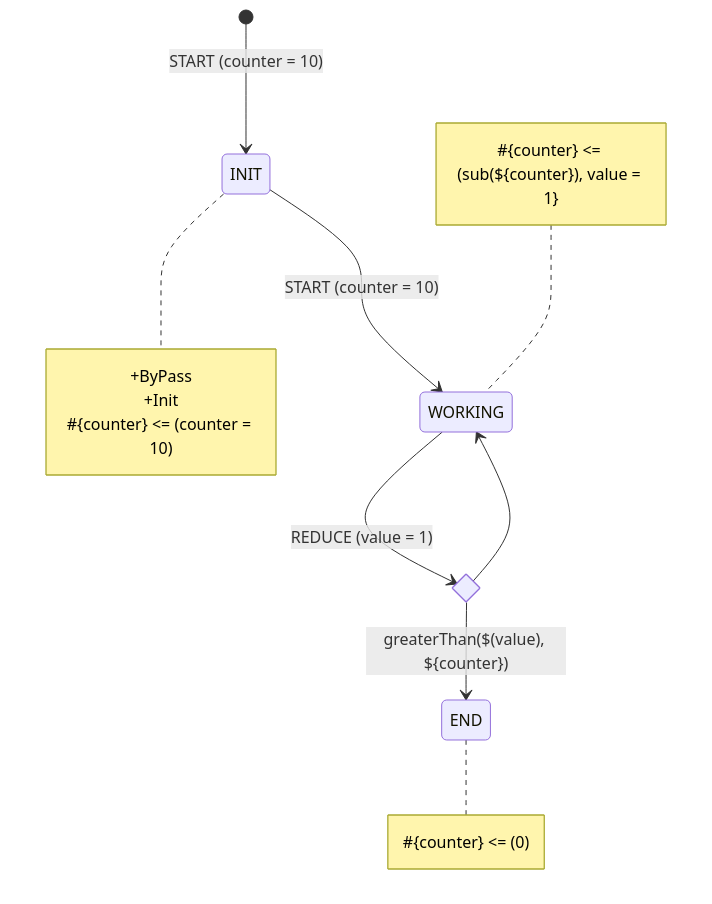
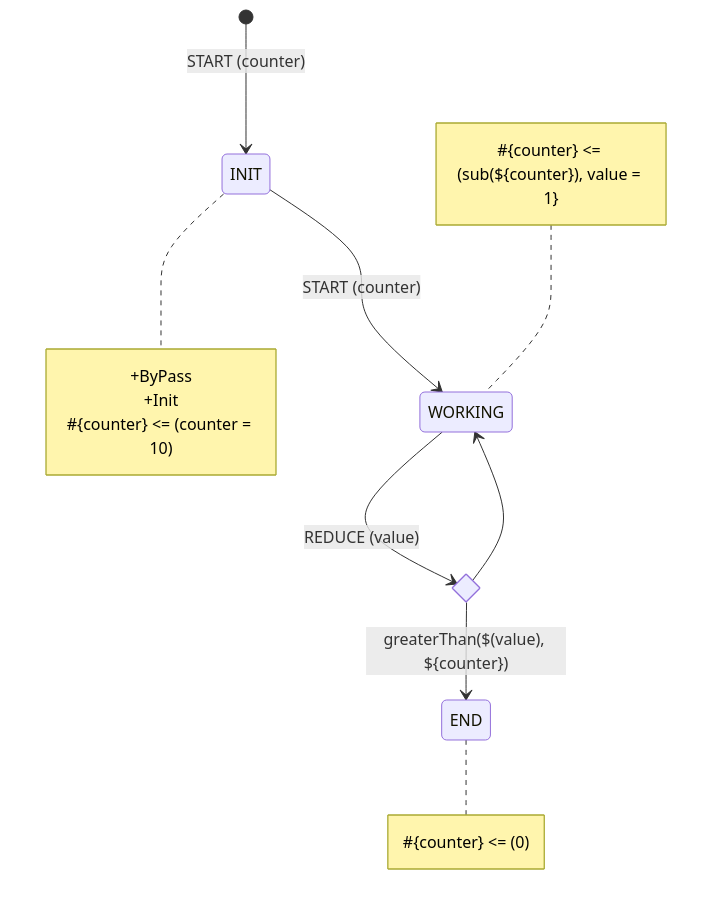
The fourth of 4 diagrams in docs/syntax/110_data_objects.md (tfcp68/yantrix), drawn with Mermaid before and after one commit. The commit also changed other lines of this file and 5 other files, not shown here.

````diff
--- a/docs/syntax/110_data_objects.md
+++ b/docs/syntax/110_data_objects.md
@@ -93,21 +105,21 @@
 ```mermaid
 stateDiagram-v2
     direction TB
-    [*] --> INIT: START (counter = 10)
-    INIT --> WORKING: START (counter = 10)
+    [*] --> INIT: START (counter)
+    INIT --> WORKING: START (counter)
     state isFinished <<choice>>
-    WORKING --> isFinished: REDUCE (value = 1)
+    WORKING --> isFinished: REDUCE (value)
     isFinished --> END: greaterThan($(value), ${counter})
     isFinished --> WORKING
     note right of INIT
         +ByPass
         +Init
         #{counter} <= (counter = 10)
     end note
     note left of WORKING
         #{counter} <= (sub(${counter}), value = 1}
     end note
     note right of END
         #{counter} <= (0)
     end note
 ```
````
